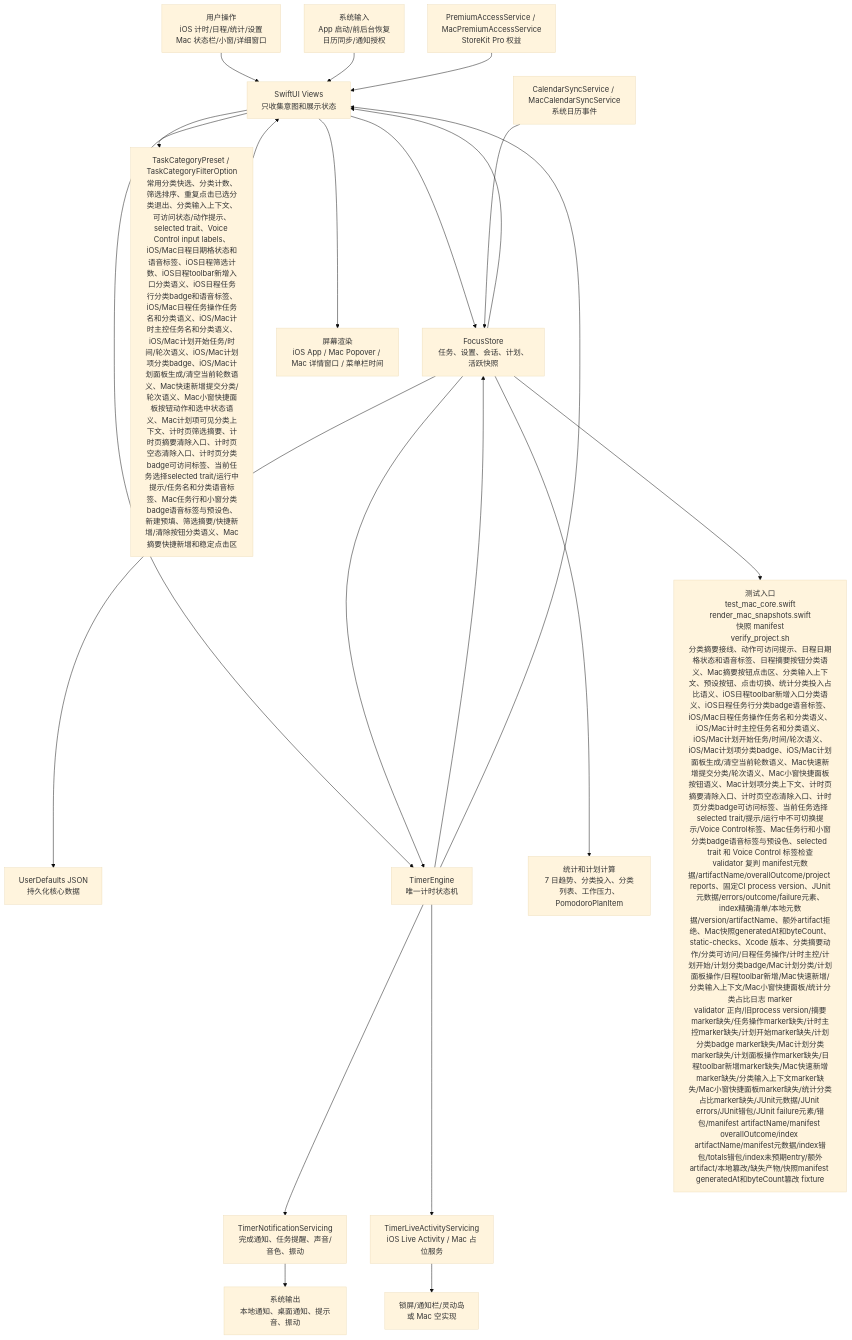
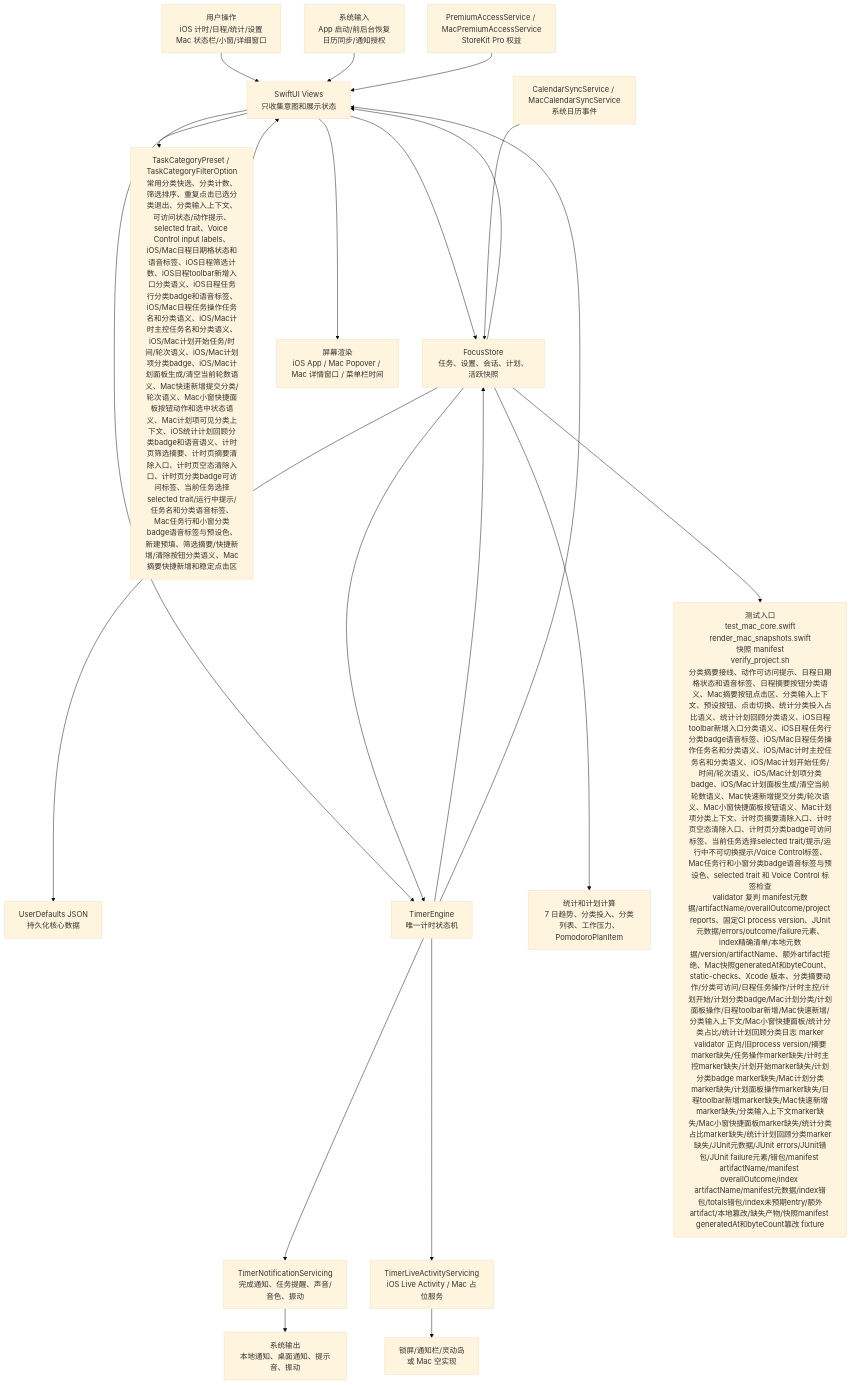
Before and after one commit to Altman-sam114/114: the first of 6 diagrams in md/flow/flowchart.md, drawn with Mermaid (base theme). The commit also changed other lines of this file and 8 other files, not shown here.

````diff
--- a/md/flow/flowchart.md
+++ b/md/flow/flowchart.md
@@ -9,23 +9,23 @@
 ```mermaid
 flowchart TD
   U["用户操作<br/>iOS 计时/日程/统计/设置<br/>Mac 状态栏/小窗/详细窗口"] --> V["SwiftUI Views<br/>只收集意图和展示状态"]
   SYS["系统输入<br/>App 启动/前后台恢复<br/>日历同步/通知授权"] --> V
   V --> S["FocusStore<br/>任务、设置、会话、计划、活跃快照"]
-  V --> CAT["TaskCategoryPreset / TaskCategoryFilterOption<br/>常用分类快选、分类计数、筛选排序、重复点击已选分类退出、分类输入上下文、可访问状态/动作提示、selected trait、Voice Control input labels、iOS/Mac日程日期格状态和语音标签、iOS日程筛选计数、iOS日程toolbar新增入口分类语义、iOS日程任务行分类badge和语音标签、iOS/Mac日程任务操作任务名和分类语义、iOS/Mac计时主控任务名和分类语义、iOS/Mac计划开始任务/时间/轮次语义、iOS/Mac计划项分类badge、iOS/Mac计划面板生成/清空当前轮数语义、Mac快速新增提交分类/轮次语义、Mac小窗快捷面板按钮动作和选中状态语义、Mac计划项可见分类上下文、计时页筛选摘要、计时页摘要清除入口、计时页空态清除入口、计时页分类badge可访问标签、当前任务选择selected trait/运行中提示/任务名和分类语音标签、Mac任务行和小窗分类badge语音标签与预设色、新建预填、筛选摘要/快捷新增/清除按钮分类语义、Mac摘要快捷新增和稳定点击区"]
+  V --> CAT["TaskCategoryPreset / TaskCategoryFilterOption<br/>常用分类快选、分类计数、筛选排序、重复点击已选分类退出、分类输入上下文、可访问状态/动作提示、selected trait、Voice Control input labels、iOS/Mac日程日期格状态和语音标签、iOS日程筛选计数、iOS日程toolbar新增入口分类语义、iOS日程任务行分类badge和语音标签、iOS/Mac日程任务操作任务名和分类语义、iOS/Mac计时主控任务名和分类语义、iOS/Mac计划开始任务/时间/轮次语义、iOS/Mac计划项分类badge、iOS/Mac计划面板生成/清空当前轮数语义、Mac快速新增提交分类/轮次语义、Mac小窗快捷面板按钮动作和选中状态语义、Mac计划项可见分类上下文、iOS统计计划回顾分类badge和语音语义、计时页筛选摘要、计时页摘要清除入口、计时页空态清除入口、计时页分类badge可访问标签、当前任务选择selected trait/运行中提示/任务名和分类语音标签、Mac任务行和小窗分类badge语音标签与预设色、新建预填、筛选摘要/快捷新增/清除按钮分类语义、Mac摘要快捷新增和稳定点击区"]
   CAT --> V
   S --> P["UserDefaults JSON<br/>持久化核心数据"]
   V --> E["TimerEngine<br/>唯一计时状态机"]
   S --> E
   E --> S
   E --> N["TimerNotificationServicing<br/>完成通知、任务提醒、声音/音色、振动"]
   E --> L["TimerLiveActivityServicing<br/>iOS Live Activity / Mac 占位服务"]
   S --> C["统计和计划计算<br/>7 日趋势、分类投入、分类列表、工作压力、PomodoroPlanItem"]
   CAL["CalendarSyncService / MacCalendarSyncService<br/>系统日历事件"] --> S
   PRO["PremiumAccessService / MacPremiumAccessService<br/>StoreKit Pro 权益"] --> V
   S --> V
   E --> V
   V --> OUT["屏幕渲染<br/>iOS App / Mac Popover / Mac 详情窗口 / 菜单栏时间"]
   N --> OUT2["系统输出<br/>本地通知、桌面通知、提示音、振动"]
   L --> OUT3["锁屏/通知栏/灵动岛<br/>或 Mac 空实现"]
-  S --> T["测试入口<br/>test_mac_core.swift<br/>render_mac_snapshots.swift<br/>快照 manifest<br/>verify_project.sh<br/>分类摘要接线、动作可访问提示、日程日期格状态和语音标签、日程摘要按钮分类语义、Mac摘要按钮点击区、分类输入上下文、预设按钮、点击切换、统计分类投入占比语义、iOS日程toolbar新增入口分类语义、iOS日程任务行分类badge语音标签、iOS/Mac日程任务操作任务名和分类语义、iOS/Mac计时主控任务名和分类语义、iOS/Mac计划开始任务/时间/轮次语义、iOS/Mac计划项分类badge、iOS/Mac计划面板生成/清空当前轮数语义、Mac快速新增提交分类/轮次语义、Mac小窗快捷面板按钮语义、Mac计划项分类上下文、计时页摘要清除入口、计时页空态清除入口、计时页分类badge可访问标签、当前任务选择selected trait/提示/运行中不可切换提示/Voice Control标签、Mac任务行和小窗分类badge语音标签与预设色、selected trait 和 Voice Control 标签检查<br/>validator 复判 manifest元数据/artifactName/overallOutcome/project reports、固定CI process version、JUnit元数据/errors/outcome/failure元素、index精确清单/本地元数据/version/artifactName、额外artifact拒绝、Mac快照generatedAt和byteCount、static-checks、Xcode 版本、分类摘要动作/分类可访问/日程任务操作/计时主控/计划开始/计划分类badge/Mac计划分类/计划面板操作/日程toolbar新增/Mac快速新增/分类输入上下文/Mac小窗快捷面板/统计分类占比日志 marker<br/>validator 正向/旧process version/摘要marker缺失/任务操作marker缺失/计时主控marker缺失/计划开始marker缺失/计划分类badge marker缺失/Mac计划分类marker缺失/计划面板操作marker缺失/日程toolbar新增marker缺失/Mac快速新增marker缺失/分类输入上下文marker缺失/Mac小窗快捷面板marker缺失/统计分类占比marker缺失/JUnit元数据/JUnit errors/JUnit错包/JUnit failure元素/错包/manifest artifactName/manifest overallOutcome/index artifactName/manifest元数据/index错包/totals错包/index未预期entry/额外artifact/本地篡改/缺失产物/快照manifest generatedAt和byteCount篡改 fixture"]
+  S --> T["测试入口<br/>test_mac_core.swift<br/>render_mac_snapshots.swift<br/>快照 manifest<br/>verify_project.sh<br/>分类摘要接线、动作可访问提示、日程日期格状态和语音标签、日程摘要按钮分类语义、Mac摘要按钮点击区、分类输入上下文、预设按钮、点击切换、统计分类投入占比语义、统计计划回顾分类语义、iOS日程toolbar新增入口分类语义、iOS日程任务行分类badge语音标签、iOS/Mac日程任务操作任务名和分类语义、iOS/Mac计时主控任务名和分类语义、iOS/Mac计划开始任务/时间/轮次语义、iOS/Mac计划项分类badge、iOS/Mac计划面板生成/清空当前轮数语义、Mac快速新增提交分类/轮次语义、Mac小窗快捷面板按钮语义、Mac计划项分类上下文、计时页摘要清除入口、计时页空态清除入口、计时页分类badge可访问标签、当前任务选择selected trait/提示/运行中不可切换提示/Voice Control标签、Mac任务行和小窗分类badge语音标签与预设色、selected trait 和 Voice Control 标签检查<br/>validator 复判 manifest元数据/artifactName/overallOutcome/project reports、固定CI process version、JUnit元数据/errors/outcome/failure元素、index精确清单/本地元数据/version/artifactName、额外artifact拒绝、Mac快照generatedAt和byteCount、static-checks、Xcode 版本、分类摘要动作/分类可访问/日程任务操作/计时主控/计划开始/计划分类badge/Mac计划分类/计划面板操作/日程toolbar新增/Mac快速新增/分类输入上下文/Mac小窗快捷面板/统计分类占比/统计计划回顾分类日志 marker<br/>validator 正向/旧process version/摘要marker缺失/任务操作marker缺失/计时主控marker缺失/计划开始marker缺失/计划分类badge marker缺失/Mac计划分类marker缺失/计划面板操作marker缺失/日程toolbar新增marker缺失/Mac快速新增marker缺失/分类输入上下文marker缺失/Mac小窗快捷面板marker缺失/统计分类占比marker缺失/统计计划回顾分类marker缺失/JUnit元数据/JUnit errors/JUnit错包/JUnit failure元素/错包/manifest artifactName/manifest overallOutcome/index artifactName/manifest元数据/index错包/totals错包/index未预期entry/额外artifact/本地篡改/缺失产物/快照manifest generatedAt和byteCount篡改 fixture"]
 ```
````
